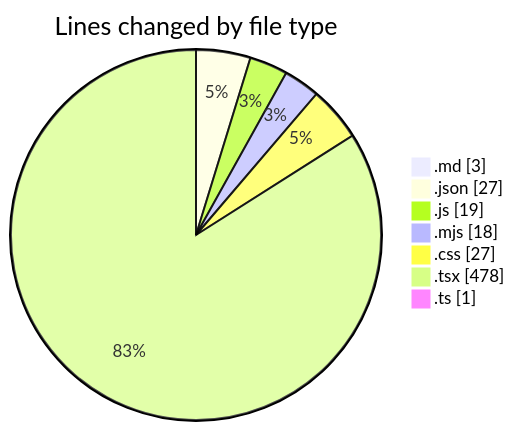
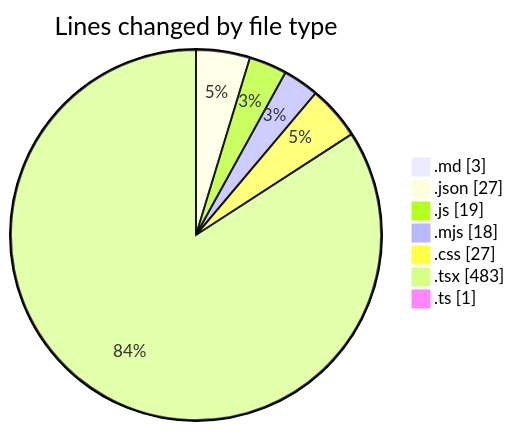
Before and after one commit to Ritupan-Deka/code-tracking: the first of 2 diagrams in 2025-06-18/scopesketch-app/README.md, drawn with Mermaid. The commit also changed other lines of this file and 1 other file, not shown here.

````diff
--- a/2025-06-18/scopesketch-app/README.md
+++ b/2025-06-18/scopesketch-app/README.md
@@ -27,11 +27,11 @@
 ```mermaid
 pie showData
 title Lines changed by file type
 ".md" : 3
 ".json" : 27
 ".js" : 19
 ".mjs" : 18
 ".css" : 27
-".tsx" : 478
+".tsx" : 483
 ".ts" : 1
 ```
````
